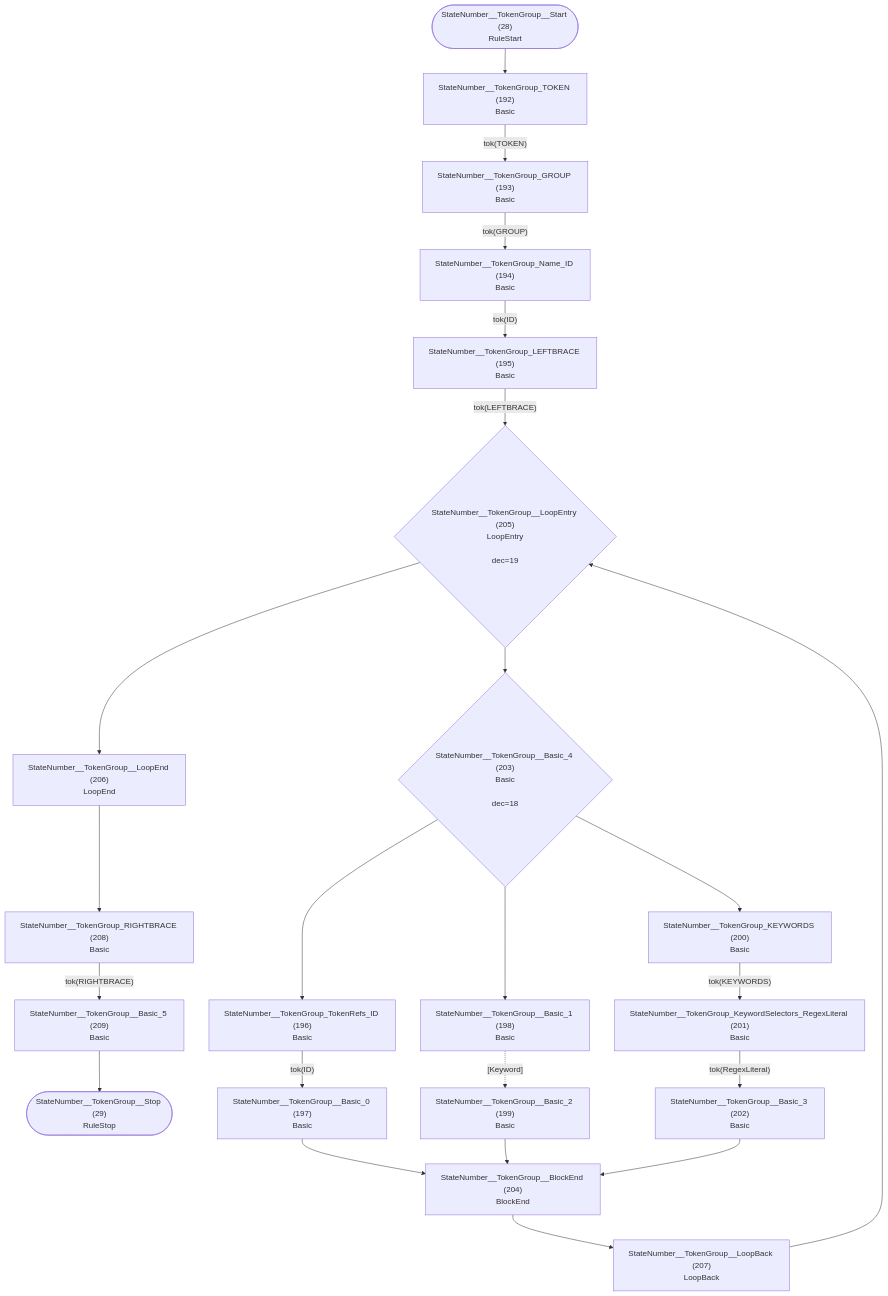
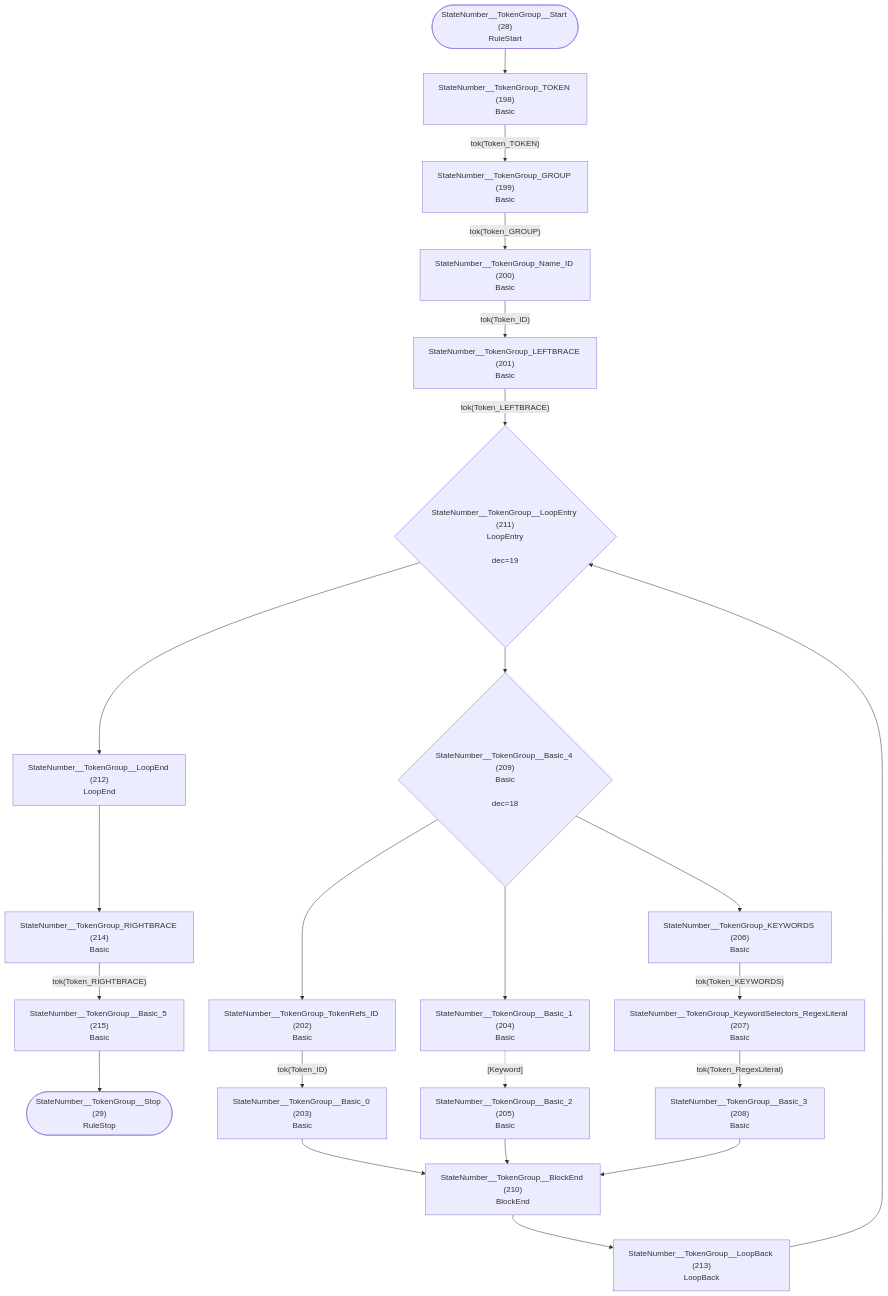
One commit to TypeFox/fastbelt changed diagram 15 of 36 in internal/grammar/atn.md. Above: the diagram before and after it, drawn with Mermaid. The commit also changed other lines of this file and 6 other files, not shown here.

````diff
--- a/internal/grammar/atn.md
+++ b/internal/grammar/atn.md
@@ -423,46 +423,46 @@
 ```mermaid
 flowchart TD
     q28(["StateNumber__TokenGroup__Start (28)<br/>RuleStart"])
     q29(["StateNumber__TokenGroup__Stop (29)<br/>RuleStop"])
-    q192["StateNumber__TokenGroup_TOKEN (192)<br/>Basic<br/>"]
-    q193["StateNumber__TokenGroup_GROUP (193)<br/>Basic<br/>"]
-    q194["StateNumber__TokenGroup_Name_ID (194)<br/>Basic<br/>"]
-    q195["StateNumber__TokenGroup_LEFTBRACE (195)<br/>Basic<br/>"]
-    q196["StateNumber__TokenGroup_TokenRefs_ID (196)<br/>Basic<br/>"]
-    q197["StateNumber__TokenGroup__Basic_0 (197)<br/>Basic<br/>"]
-    q198["StateNumber__TokenGroup__Basic_1 (198)<br/>Basic<br/>"]
-    q199["StateNumber__TokenGroup__Basic_2 (199)<br/>Basic<br/>"]
-    q200["StateNumber__TokenGroup_KEYWORDS (200)<br/>Basic<br/>"]
-    q201["StateNumber__TokenGroup_KeywordSelectors_RegexLiteral (201)<br/>Basic<br/>"]
-    q202["StateNumber__TokenGroup__Basic_3 (202)<br/>Basic<br/>"]
-    q203{"StateNumber__TokenGroup__Basic_4 (203)<br/>Basic<br/><br/>dec=18"}
-    q204["StateNumber__TokenGroup__BlockEnd (204)<br/>BlockEnd<br/>"]
-    q205{"StateNumber__TokenGroup__LoopEntry (205)<br/>LoopEntry<br/><br/>dec=19"}
-    q206["StateNumber__TokenGroup__LoopEnd (206)<br/>LoopEnd<br/>"]
-    q207["StateNumber__TokenGroup__LoopBack (207)<br/>LoopBack<br/>"]
-    q208["StateNumber__TokenGroup_RIGHTBRACE (208)<br/>Basic<br/>"]
-    q209["StateNumber__TokenGroup__Basic_5 (209)<br/>Basic<br/>"]
+    q198["StateNumber__TokenGroup_TOKEN (198)<br/>Basic<br/>"]
+    q199["StateNumber__TokenGroup_GROUP (199)<br/>Basic<br/>"]
+    q200["StateNumber__TokenGroup_Name_ID (200)<br/>Basic<br/>"]
+    q201["StateNumber__TokenGroup_LEFTBRACE (201)<br/>Basic<br/>"]
+    q202["StateNumber__TokenGroup_TokenRefs_ID (202)<br/>Basic<br/>"]
+    q203["StateNumber__TokenGroup__Basic_0 (203)<br/>Basic<br/>"]
+    q204["StateNumber__TokenGroup__Basic_1 (204)<br/>Basic<br/>"]
+    q205["StateNumber__TokenGroup__Basic_2 (205)<br/>Basic<br/>"]
+    q206["StateNumber__TokenGroup_KEYWORDS (206)<br/>Basic<br/>"]
+    q207["StateNumber__TokenGroup_KeywordSelectors_RegexLiteral (207)<br/>Basic<br/>"]
+    q208["StateNumber__TokenGroup__Basic_3 (208)<br/>Basic<br/>"]
+    q209{"StateNumber__TokenGroup__Basic_4 (209)<br/>Basic<br/><br/>dec=18"}
+    q210["StateNumber__TokenGroup__BlockEnd (210)<br/>BlockEnd<br/>"]
+    q211{"StateNumber__TokenGroup__LoopEntry (211)<br/>LoopEntry<br/><br/>dec=19"}
+    q212["StateNumber__TokenGroup__LoopEnd (212)<br/>LoopEnd<br/>"]
+    q213["StateNumber__TokenGroup__LoopBack (213)<br/>LoopBack<br/>"]
+    q214["StateNumber__TokenGroup_RIGHTBRACE (214)<br/>Basic<br/>"]
+    q215["StateNumber__TokenGroup__Basic_5 (215)<br/>Basic<br/>"]
 
-    q28 --> q192
-    q192 -->|"tok(TOKEN)"| q193
-    q193 -->|"tok(GROUP)"| q194
-    q194 -->|"tok(ID)"| q195
-    q195 -->|"tok(LEFTBRACE)"| q205
-    q196 -->|"tok(ID)"| q197
-    q197 --> q204
-    q198 -.->|"[Keyword]"| q199
-    q199 --> q204
-    q200 -->|"tok(KEYWORDS)"| q201
-    q201 -->|"tok(RegexLiteral)"| q202
-    q202 --> q204
-    q203 --> q196
-    q203 --> q198
-    q203 --> q200
-    q204 --> q207
-    q205 --> q203
-    q205 --> q206
-    q206 --> q208
-    q207 --> q205
-    q208 -->|"tok(RIGHTBRACE)"| q209
-    q209 --> q29
+    q28 --> q198
+    q198 -->|"tok(Token_TOKEN)"| q199
+    q199 -->|"tok(Token_GROUP)"| q200
+    q200 -->|"tok(Token_ID)"| q201
+    q201 -->|"tok(Token_LEFTBRACE)"| q211
+    q202 -->|"tok(Token_ID)"| q203
+    q203 --> q210
+    q204 -.->|"[Keyword]"| q205
+    q205 --> q210
+    q206 -->|"tok(Token_KEYWORDS)"| q207
+    q207 -->|"tok(Token_RegexLiteral)"| q208
+    q208 --> q210
+    q209 --> q202
+    q209 --> q204
+    q209 --> q206
+    q210 --> q213
+    q211 --> q209
+    q211 --> q212
+    q212 --> q214
+    q213 --> q211
+    q214 -->|"tok(Token_RIGHTBRACE)"| q215
+    q215 --> q29
 ```
````
